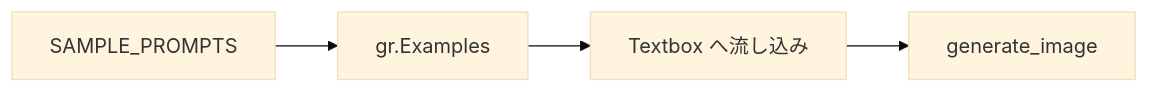
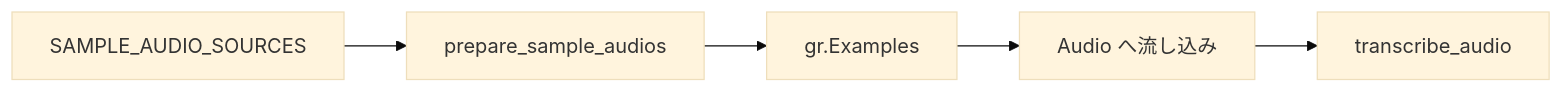
Before and after one commit to yryo1005/OpenCampus_Demo: the second of 2 diagrams in document.md, drawn with Mermaid (base theme). The commit also changed other lines of this file and 3 other files, not shown here.

````diff
--- a/document.md
+++ b/document.md
@@ -49,6 +45,7 @@
 ```mermaid
 flowchart LR
-    S1[SAMPLE_PROMPTS] --> S2[gr.Examples]
-    S2 --> S3[Textbox へ流し込み]
-    S3 --> S4[generate_image]
+    S1[SAMPLE_AUDIO_SOURCES] --> S2[prepare_sample_audios]
+    S2 --> S3[gr.Examples]
+    S3 --> S4[Audio へ流し込み]
+    S4 --> S5[transcribe_audio]
 ```
````
